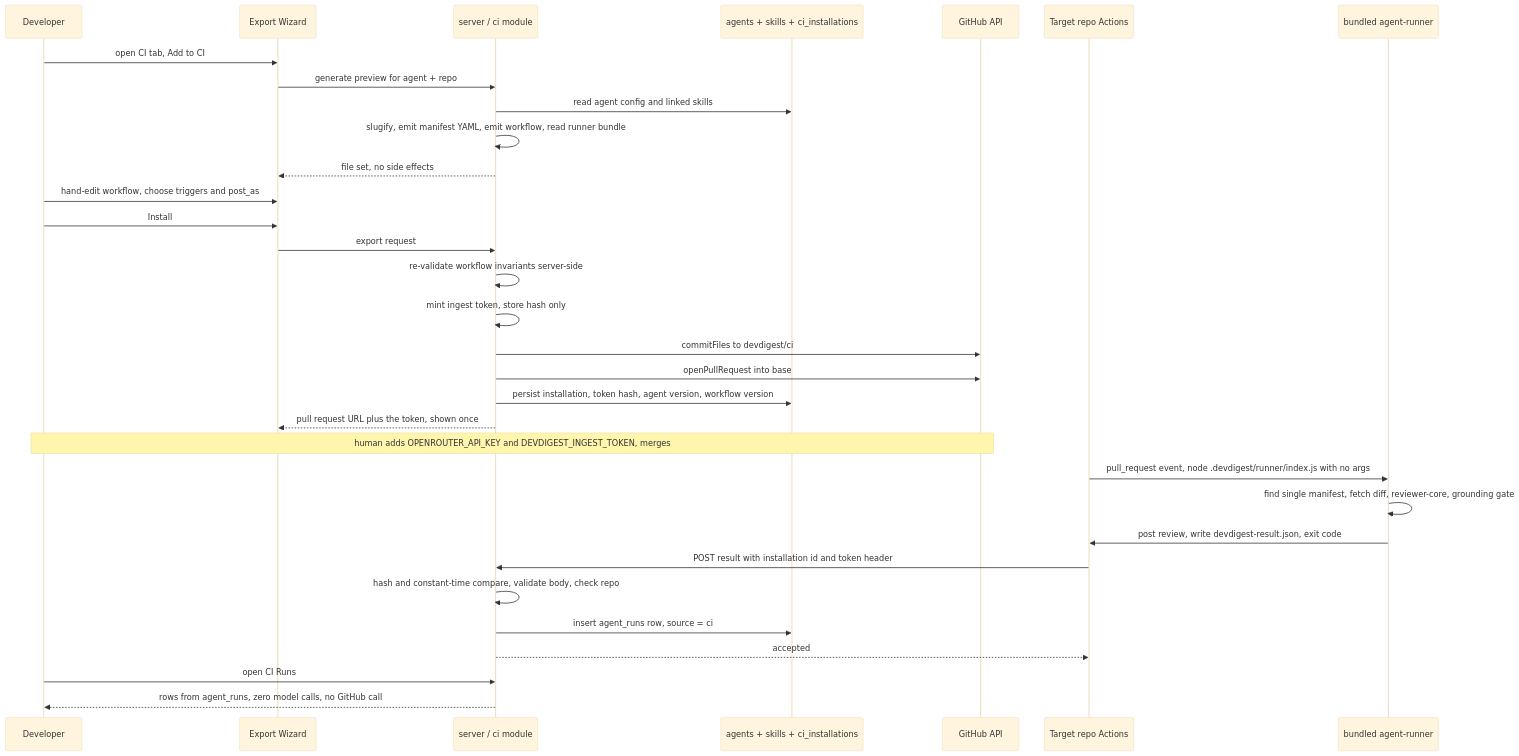
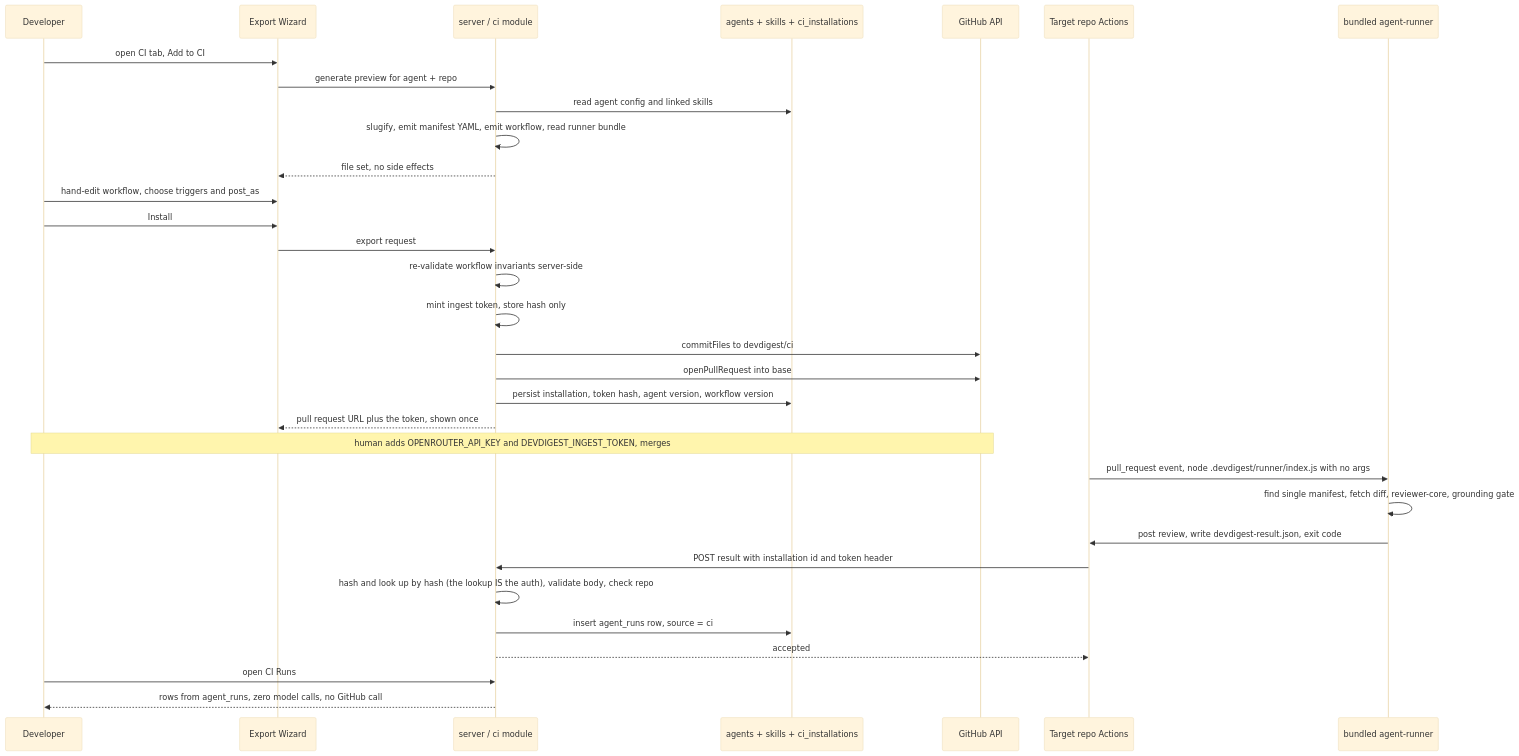
Before and after one commit to AneliiaOleksiuk/dev-digest: the first of 2 diagrams in specs/SPEC-04-export-to-ci.md, drawn with Mermaid (base theme). The commit also changed other lines of this file and 1 other file, not shown here.

````diff
--- a/specs/SPEC-04-export-to-ci.md
+++ b/specs/SPEC-04-export-to-ci.md
@@ -1100,35 +1118,35 @@
 ```mermaid
 sequenceDiagram
     participant U as Developer
     participant W as Export Wizard
     participant API as server / ci module
     participant DB as agents + skills + ci_installations
     participant GH as GitHub API
     participant CI as Target repo Actions
     participant R as bundled agent-runner
 
     U->>W: open CI tab, Add to CI
     W->>API: generate preview for agent + repo
     API->>DB: read agent config and linked skills
     API->>API: slugify, emit manifest YAML, emit workflow, read runner bundle
     API-->>W: file set, no side effects
     U->>W: hand-edit workflow, choose triggers and post_as
     U->>W: Install
     W->>API: export request
     API->>API: re-validate workflow invariants server-side
     API->>API: mint ingest token, store hash only
     API->>GH: commitFiles to devdigest/ci
     API->>GH: openPullRequest into base
     API->>DB: persist installation, token hash, agent version, workflow version
     API-->>W: pull request URL plus the token, shown once
     Note over U,GH: human adds OPENROUTER_API_KEY and DEVDIGEST_INGEST_TOKEN, merges
     CI->>R: pull_request event, node .devdigest/runner/index.js with no args
     R->>R: find single manifest, fetch diff, reviewer-core, grounding gate
     R->>CI: post review, write devdigest-result.json, exit code
     CI->>API: POST result with installation id and token header
-    API->>API: hash and constant-time compare, validate body, check repo
+    API->>API: hash and look up by hash (the lookup IS the auth), validate body, check repo
     API->>DB: insert agent_runs row, source = ci
     API-->>CI: accepted
     U->>API: open CI Runs
     API-->>U: rows from agent_runs, zero model calls, no GitHub call
 ```
````
